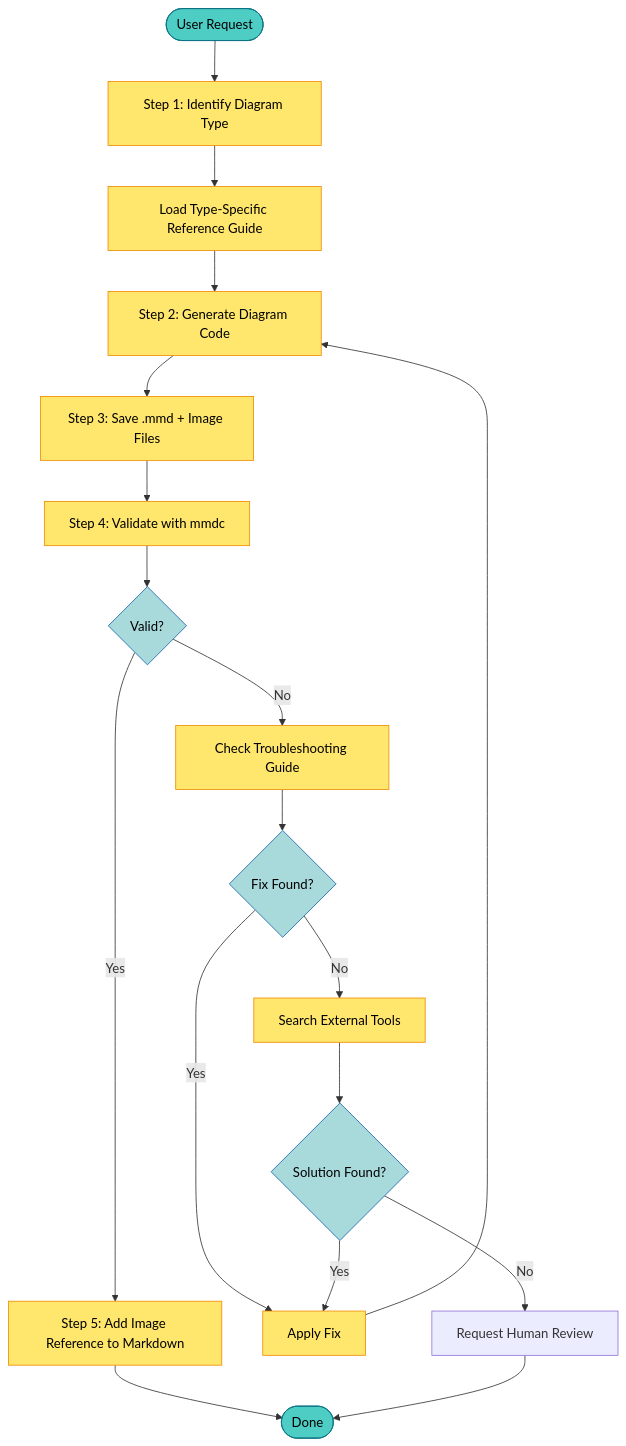
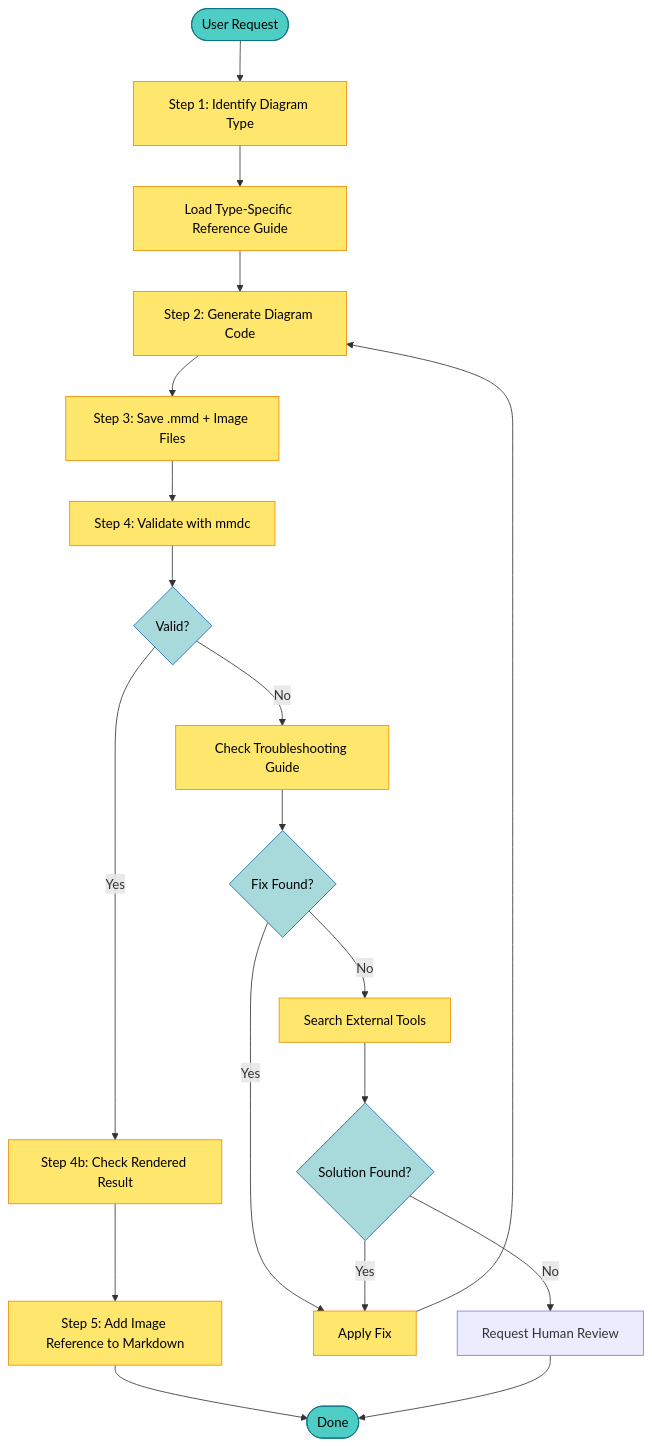
One commit to kasiopeiya/claude-dev-template changed the first of 4 diagrams in .claude/skills/design-doc-mermaid/references/guides/resilient-workflow.md. Above: the diagram before and after it, drawn with Mermaid. The commit also changed other lines of this file and 1 other file, not shown here.

````diff
--- a/.claude/skills/design-doc-mermaid/references/guides/resilient-workflow.md
+++ b/.claude/skills/design-doc-mermaid/references/guides/resilient-workflow.md
@@ -36,34 +36,35 @@
 ```mermaid
 flowchart TD
     Start([User Request]) --> Type[Step 1: Identify Diagram Type]
     Type --> Reference[Load Type-Specific Reference Guide]
     Reference --> Generate[Step 2: Generate Diagram Code]
     Generate --> Save[Step 3: Save .mmd + Image Files]
     Save --> Validate[Step 4: Validate with mmdc]
     Validate --> Success{Valid?}
 
-    Success -->|Yes| AddRef[Step 5: Add Image Reference to Markdown]
+    Success -->|Yes| Look[Step 4b: Check Rendered Result]
+    Look --> AddRef[Step 5: Add Image Reference to Markdown]
     Success -->|No| Troubleshoot[Check Troubleshooting Guide]
 
     Troubleshoot --> Found{Fix Found?}
     Found -->|Yes| Apply[Apply Fix]
     Apply --> Generate
 
     Found -->|No| Search[Search External Tools]
     Search --> SearchResult{Solution Found?}
     SearchResult -->|Yes| Apply
     SearchResult -->|No| Manual[Request Human Review]
 
     AddRef --> Complete([Done])
     Manual --> Complete
 
     classDef start fill:#4ECDC4,stroke:#0B7285,color:#000
     classDef process fill:#FFE66D,stroke:#F08C00,color:#000
     classDef decision fill:#A8DADC,stroke:#1864AB,color:#000
     classDef success fill:#95D5B2,stroke:#2D6A4F,color:#000
     classDef error fill:#E63946,stroke:#9D0208,color:#fff
 
     class Start,Complete start
-    class Type,Reference,Generate,Save,Validate,AddRef,Apply,Troubleshoot,Search process
+    class Type,Reference,Generate,Save,Validate,Look,AddRef,Apply,Troubleshoot,Search process
     class Success,Found,SearchResult decision
 ```
````
